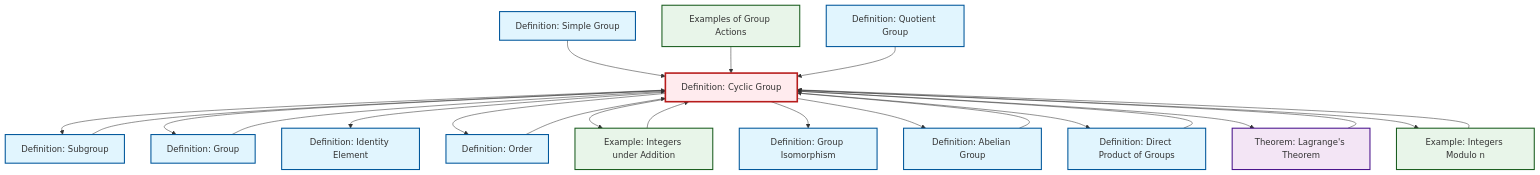
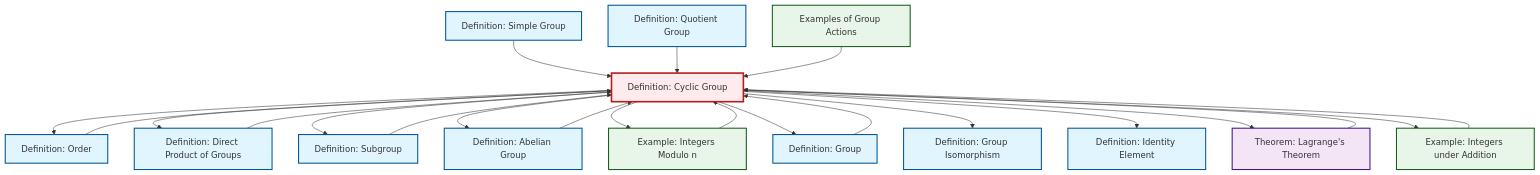
The diagram in content/en/algebra/def-cyclic-group.qmd (RK0429/ModernMath), drawn with Mermaid before and after one commit. The commit also changed other lines of this file and 597 other files, not shown here.

````diff
--- a/content/en/algebra/def-cyclic-group.qmd
+++ b/content/en/algebra/def-cyclic-group.qmd
@@ -101,58 +101,58 @@
 ```{mermaid}
 %%| fig-cap: "Local dependency graph"
 graph TD
     classDef definition fill:#e1f5fe,stroke:#01579b,stroke-width:2px
     classDef theorem fill:#f3e5f5,stroke:#4a148c,stroke-width:2px
     classDef axiom fill:#fff3e0,stroke:#e65100,stroke-width:2px
     classDef example fill:#e8f5e9,stroke:#1b5e20,stroke-width:2px
     classDef current fill:#ffebee,stroke:#b71c1c,stroke-width:3px
+    def-identity-element["Definition: Identity Element"]:::definition
+    def-cyclic-group["Definition: Cyclic Group"]:::definition
+    def-order["Definition: Order"]:::definition
+    ex-quotient-integers-mod-n["Example: Integers Modulo n"]:::example
+    thm-lagrange["Theorem: Lagrange's Theorem"]:::theorem
     def-simple-group["Definition: Simple Group"]:::definition
-    def-subgroup["Definition: Subgroup"]:::definition
-    ex-quotient-integers-mod-n["Example: Integers Modulo n"]:::example
-    def-order["Definition: Order"]:::definition
-    def-quotient-group["Definition: Quotient Group"]:::definition
-    thm-lagrange["Theorem: Lagrange's Theorem"]:::theorem
-    def-abelian-group["Definition: Abelian Group"]:::definition
-    def-isomorphism["Definition: Group Isomorphism"]:::definition
-    def-cyclic-group["Definition: Cyclic Group"]:::definition
-    def-identity-element["Definition: Identity Element"]:::definition
     ex-integers-addition["Example: Integers under Addition"]:::example
     ex-group-action-examples["Examples of Group Actions"]:::example
+    def-isomorphism["Definition: Group Isomorphism"]:::definition
+    def-quotient-group["Definition: Quotient Group"]:::definition
+    def-abelian-group["Definition: Abelian Group"]:::definition
+    def-subgroup["Definition: Subgroup"]:::definition
+    def-direct-product["Definition: Direct Product of Groups"]:::definition
     def-group["Definition: Group"]:::definition
-    def-direct-product["Definition: Direct Product of Groups"]:::definition
+    def-cyclic-group --> def-order
+    def-simple-group --> def-cyclic-group
+    thm-lagrange --> def-cyclic-group
+    def-quotient-group --> def-cyclic-group
+    def-subgroup --> def-cyclic-group
+    def-cyclic-group --> def-direct-product
+    def-group --> def-cyclic-group
+    def-order --> def-cyclic-group
+    def-abelian-group --> def-cyclic-group
     def-cyclic-group --> def-subgroup
+    def-direct-product --> def-cyclic-group
     ex-integers-addition --> def-cyclic-group
+    def-cyclic-group --> def-abelian-group
+    def-cyclic-group --> ex-quotient-integers-mod-n
+    ex-quotient-integers-mod-n --> def-cyclic-group
     def-cyclic-group --> def-group
+    def-cyclic-group --> def-isomorphism
     def-cyclic-group --> def-identity-element
-    def-direct-product --> def-cyclic-group
-    def-cyclic-group --> def-order
-    def-group --> def-cyclic-group
+    def-cyclic-group --> thm-lagrange
     def-cyclic-group --> ex-integers-addition
-    ex-quotient-integers-mod-n --> def-cyclic-group
-    def-abelian-group --> def-cyclic-group
-    def-cyclic-group --> def-isomorphism
-    def-cyclic-group --> def-abelian-group
-    def-cyclic-group --> def-direct-product
-    def-cyclic-group --> thm-lagrange
-    thm-lagrange --> def-cyclic-group
-    def-simple-group --> def-cyclic-group
-    def-order --> def-cyclic-group
-    def-cyclic-group --> ex-quotient-integers-mod-n
     ex-group-action-examples --> def-cyclic-group
-    def-subgroup --> def-cyclic-group
-    def-quotient-group --> def-cyclic-group
     class def-cyclic-group current
+    click def-identity-element "def-identity-element.html" "Go to Identity Element definition"
+    click def-order "def-order.html" "Go to Order definition"
+    click ex-quotient-integers-mod-n "ex-quotient-integers-mod-n.html" "Go to Integers Modulo n example"
+    click thm-lagrange "thm-lagrange.html" "Go to Lagrange's Theorem theorem"
     click def-simple-group "def-simple-group.html" "Go to Simple Group definition"
-    click def-subgroup "def-subgroup.html" "Go to Subgroup definition"
-    click ex-quotient-integers-mod-n "ex-quotient-integers-mod-n.html" "Go to Integers Modulo n example"
-    click def-order "def-order.html" "Go to Order definition"
-    click def-quotient-group "def-quotient-group.html" "Go to Quotient Group definition"
-    click thm-lagrange "thm-lagrange.html" "Go to Lagrange's Theorem theorem"
-    click def-abelian-group "def-abelian-group.html" "Go to Abelian Group definition"
-    click def-isomorphism "def-isomorphism.html" "Go to Group Isomorphism definition"
-    click def-identity-element "def-identity-element.html" "Go to Identity Element definition"
     click ex-integers-addition "ex-integers-addition.html" "Go to Integers under Addition example"
     click ex-group-action-examples "ex-group-action-examples.html" "Go to Examples of Group Actions"
+    click def-isomorphism "def-isomorphism.html" "Go to Group Isomorphism definition"
+    click def-quotient-group "def-quotient-group.html" "Go to Quotient Group definition"
+    click def-abelian-group "def-abelian-group.html" "Go to Abelian Group definition"
+    click def-subgroup "def-subgroup.html" "Go to Subgroup definition"
+    click def-direct-product "def-direct-product.html" "Go to Direct Product of Groups definition"
     click def-group "def-group.html" "Go to Group definition"
-    click def-direct-product "def-direct-product.html" "Go to Direct Product of Groups definition"
 ```
````
